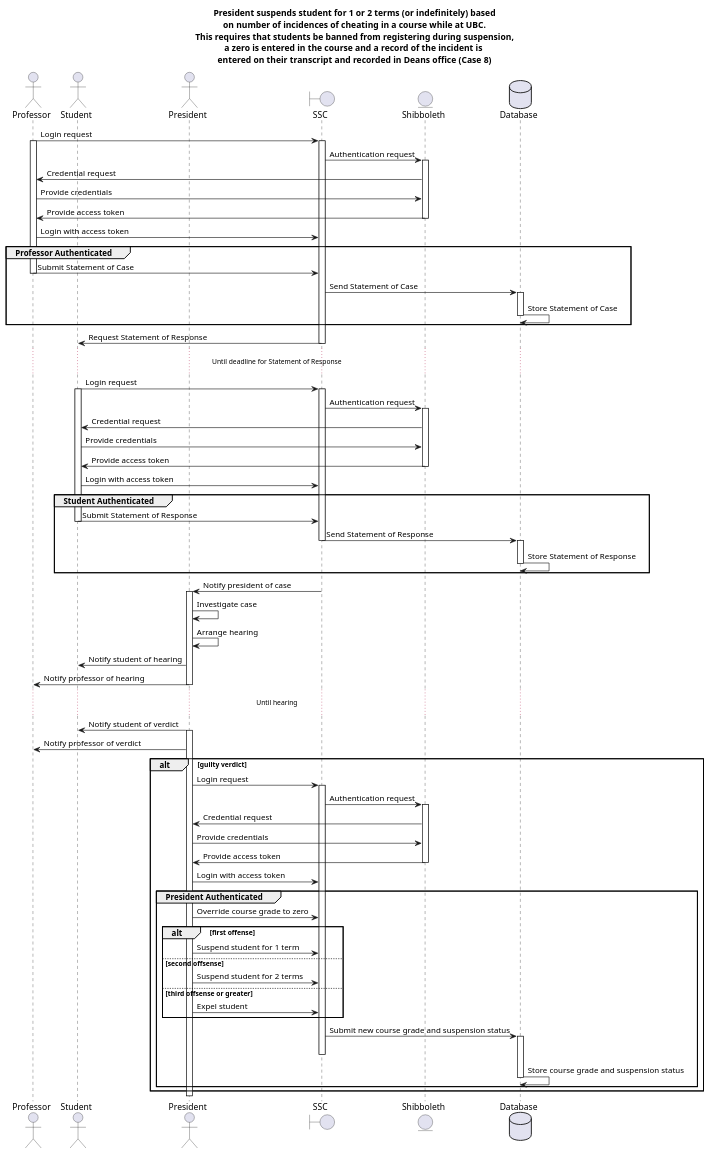
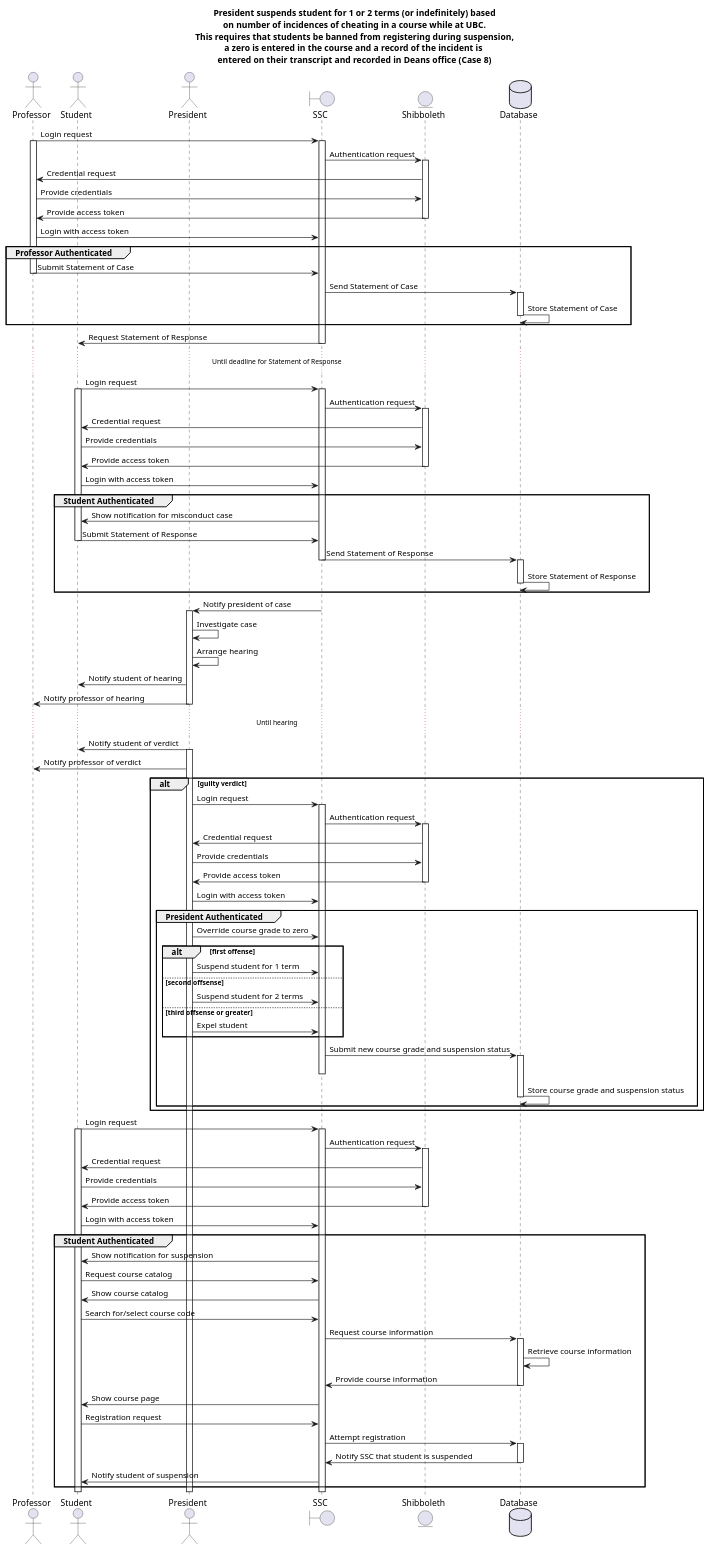
One commit to Gigahawk/cpen333 changed the diagram in Assignments/Assignment 2/Assignment 2 - Part A, B, C/part_B8.plantuml. Above: the diagram before and after it, drawn with PlantUML. The commit also changed 2 other files, not shown here.

Commit message:
Assignment 2 - Part B: Add extra detail to sequence diagrams

```diff
--- a/Assignments/Assignment 2/Assignment 2 - Part A, B, C/part_B8.plantuml
+++ b/Assignments/Assignment 2/Assignment 2 - Part A, B, C/part_B8.plantuml
@@ -1,87 +1,117 @@
 @startuml
+
 title President suspends student for 1 or 2 terms (or indefinitely) based\non number of incidences of cheating in a course while at UBC.\nThis requires that students be banned from registering during suspension,\na zero is entered in the course and a record of the incident is \nentered on their transcript and recorded in Deans office (Case 8)
 actor Professor as prof
 actor Student as student
 actor President as pres
 boundary SSC as ssc
 entity Shibboleth as shib
 database Database as db
 
 prof -> ssc : Login request
 activate prof
 activate ssc
 ssc -> shib : Authentication request
 activate shib
 shib -> prof : Credential request
 prof -> shib : Provide credentials
 shib -> prof : Provide access token
 deactivate shib
 prof -> ssc : Login with access token
 group Professor Authenticated
     prof -> ssc : Submit Statement of Case
     deactivate prof
     ssc -> db : Send Statement of Case
     activate db
     db -> db : Store Statement of Case
     deactivate db
 end
 ssc -> student : Request Statement of Response
 deactivate ssc
 ...Until deadline for Statement of Response...
 student -> ssc : Login request
 activate student
 activate ssc
 ssc -> shib : Authentication request
 activate shib
 shib -> student : Credential request
 student -> shib : Provide credentials
 shib -> student : Provide access token
 deactivate shib
 student -> ssc : Login with access token
 group Student Authenticated
+    ssc -> student : Show notification for misconduct case
     student -> ssc : Submit Statement of Response
     deactivate student
     ssc -> db : Send Statement of Response
     deactivate ssc
     activate db
     db -> db : Store Statement of Response
     deactivate db
 end
 ssc -> pres : Notify president of case
 activate pres
 pres -> pres : Investigate case
 pres -> pres : Arrange hearing
 pres -> student : Notify student of hearing
 pres -> prof : Notify professor of hearing
 deactivate pres
 ...Until hearing...
 pres -> student : Notify student of verdict
 activate pres
 pres -> prof : Notify professor of verdict
 alt guilty verdict
     pres -> ssc : Login request
     activate ssc
     ssc -> shib : Authentication request
     activate shib
     shib -> pres : Credential request
     pres -> shib : Provide credentials
     shib -> pres : Provide access token
     deactivate shib
     pres -> ssc : Login with access token
     group President Authenticated
         pres -> ssc : Override course grade to zero
         alt first offense
             pres -> ssc : Suspend student for 1 term
         else second offsense
             pres -> ssc : Suspend student for 2 terms
         else third offsense or greater
             pres -> ssc : Expel student
         end
         ssc -> db : Submit new course grade and suspension status
         activate db
         deactivate ssc
         db -> db : Store course grade and suspension status
         deactivate db
     end
 end
+student -> ssc : Login request
+activate student
+activate ssc
+ssc -> shib : Authentication request
+activate shib
+shib -> student : Credential request
+student -> shib : Provide credentials
+shib -> student : Provide access token
+deactivate shib
+student -> ssc : Login with access token
+group Student Authenticated
+    ssc -> student : Show notification for suspension
+    student -> ssc : Request course catalog
+    ssc -> student : Show course catalog
+    student -> ssc : Search for/select course code
+    ssc -> db : Request course information
+    activate db
+    db -> db : Retrieve course information
+    db -> ssc : Provide course information
+    deactivate db
+    ssc -> student : Show course page
+    student -> ssc : Registration request
+    ssc -> db : Attempt registration
+    activate db
+    db -> ssc : Notify SSC that student is suspended
+    deactivate db
+    ssc -> student : Notify student of suspension
+end
 @enduml
```
